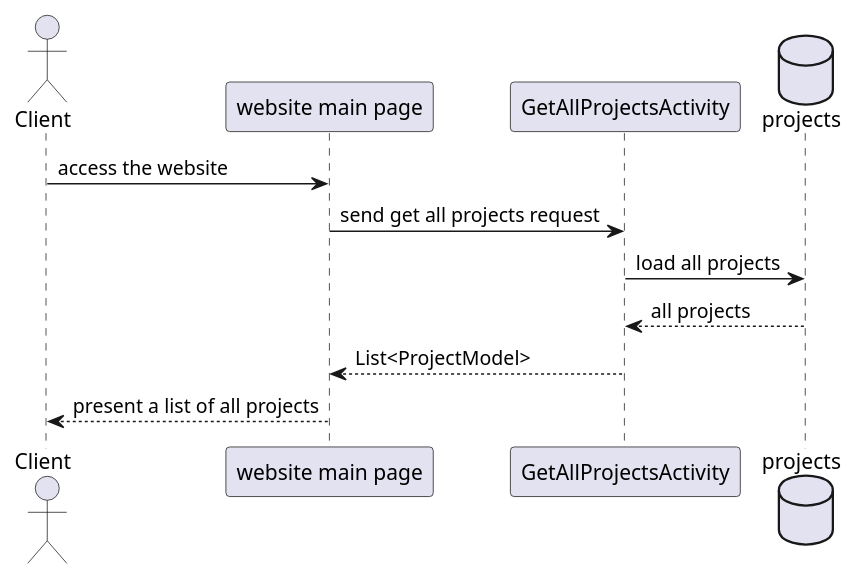
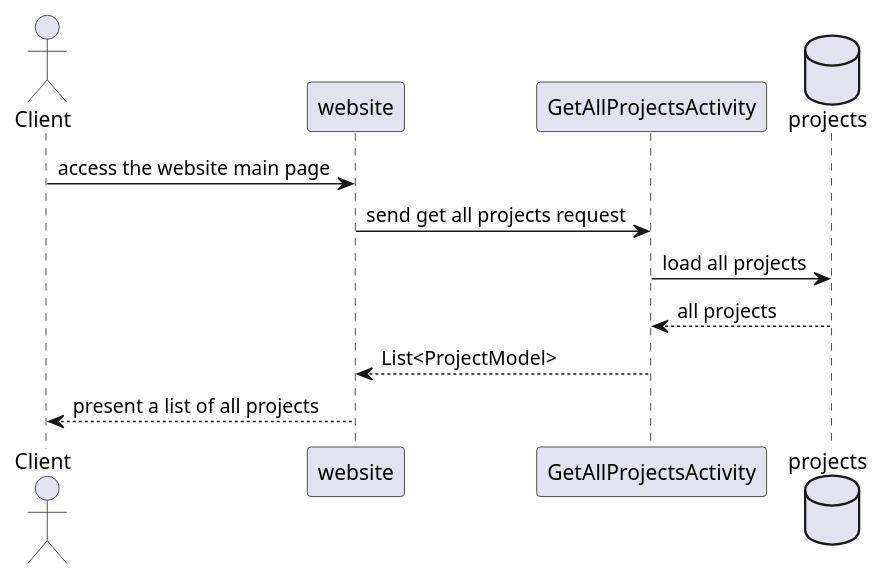
One commit to BloomTechBackend/bd-team-project-miguelfr changed the diagram in project_documents/UML diagrams/getAllProjectsSD.puml. Above: the diagram before and after it, drawn with PlantUML. The commit also changed 8 other files, not shown here.

```diff
--- a/project_documents/UML diagrams/getAllProjectsSD.puml
+++ b/project_documents/UML diagrams/getAllProjectsSD.puml
@@ -1,13 +1,13 @@
 @startuml
 actor Client
-participant "website main page"
+participant website
 participant GetAllProjectsActivity
 database projects
 
-Client -> "website main page": access the website
-"website main page" -> GetAllProjectsActivity: send get all projects request
+Client -> website: access the website main page
+website -> GetAllProjectsActivity: send get all projects request
 GetAllProjectsActivity -> projects: load all projects
 GetAllProjectsActivity <-- projects: all projects
-"website main page" <-- GetAllProjectsActivity: List<ProjectModel>
-Client <-- "website main page": present a list of all projects
+website <-- GetAllProjectsActivity: List<ProjectModel>
+Client <-- website: present a list of all projects
 @enduml
```
